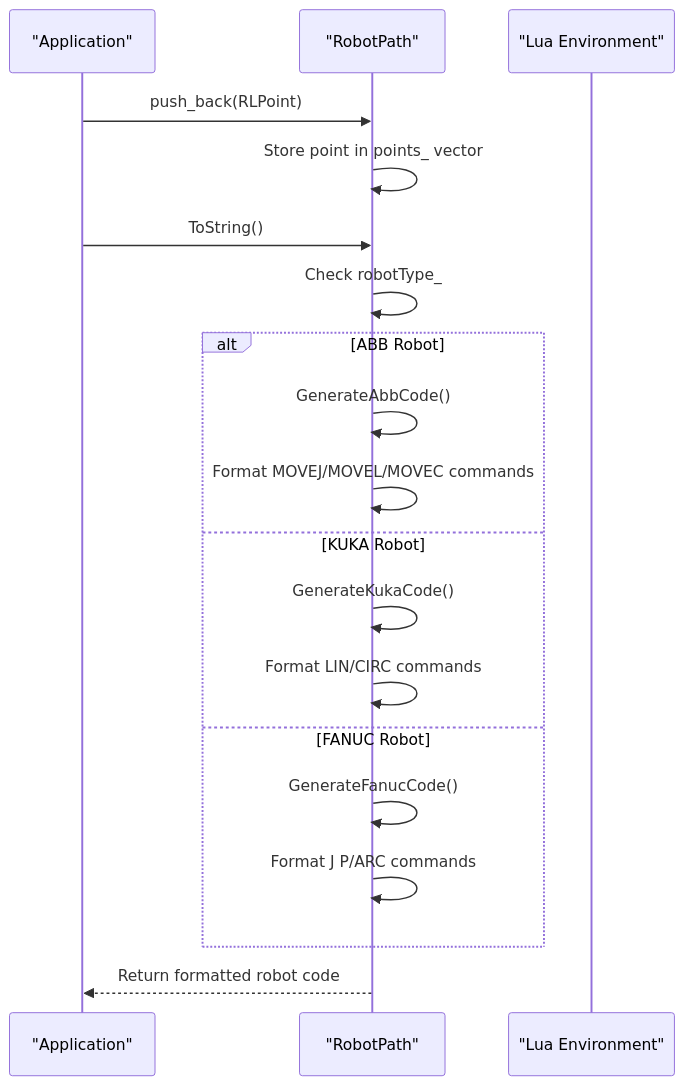
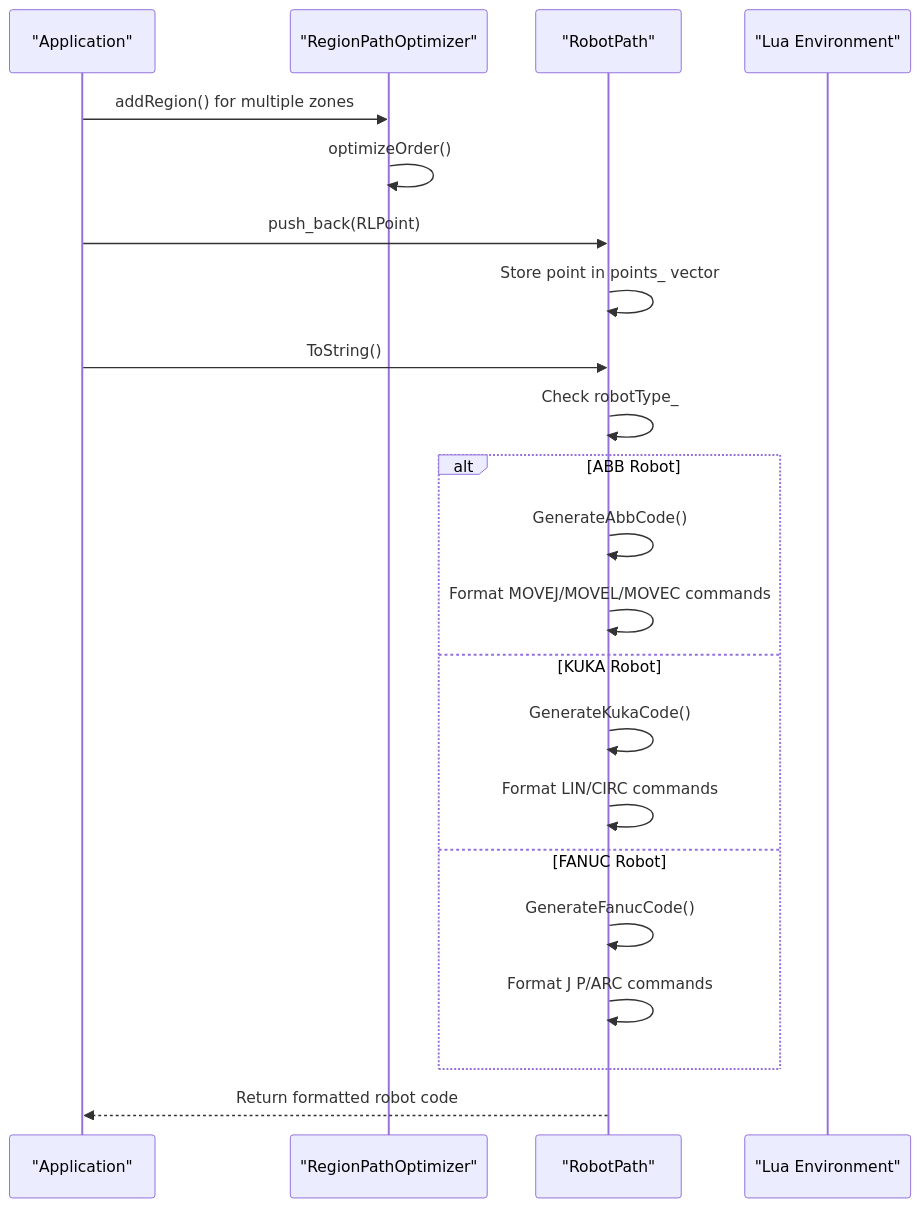
Before and after one commit to hsmbanlance/HsBaSlicer: the sixth of 6 diagrams in .qoder/repowiki/en/content/Path Generation/Path Generation.md, drawn with Mermaid. The commit also changed other lines of this file and 11 other files, not shown here.

````diff
--- a/.qoder/repowiki/en/content/Path Generation/Path Generation.md
+++ b/.qoder/repowiki/en/content/Path Generation/Path Generation.md
@@ -171,21 +312,24 @@
 ```mermaid
 sequenceDiagram
 participant User as "Application"
+participant Optimizer as "RegionPathOptimizer"
 participant RobotPath as "RobotPath"
 participant Lua as "Lua Environment"
+User->>Optimizer : addRegion() for multiple zones
+Optimizer->>Optimizer : optimizeOrder()
 User->>RobotPath : push_back(RLPoint)
 RobotPath->>RobotPath : Store point in points_ vector
 User->>RobotPath : ToString()
 RobotPath->>RobotPath : Check robotType_
 alt ABB Robot
 RobotPath->>RobotPath : GenerateAbbCode()
 RobotPath->>RobotPath : Format MOVEJ/MOVEL/MOVEC commands
 else KUKA Robot
 RobotPath->>RobotPath : GenerateKukaCode()
 RobotPath->>RobotPath : Format LIN/CIRC commands
 else FANUC Robot
 RobotPath->>RobotPath : GenerateFanucCode()
 RobotPath->>RobotPath : Format J P/ARC commands
 end
 RobotPath-->>User : Return formatted robot code
 ```
````
